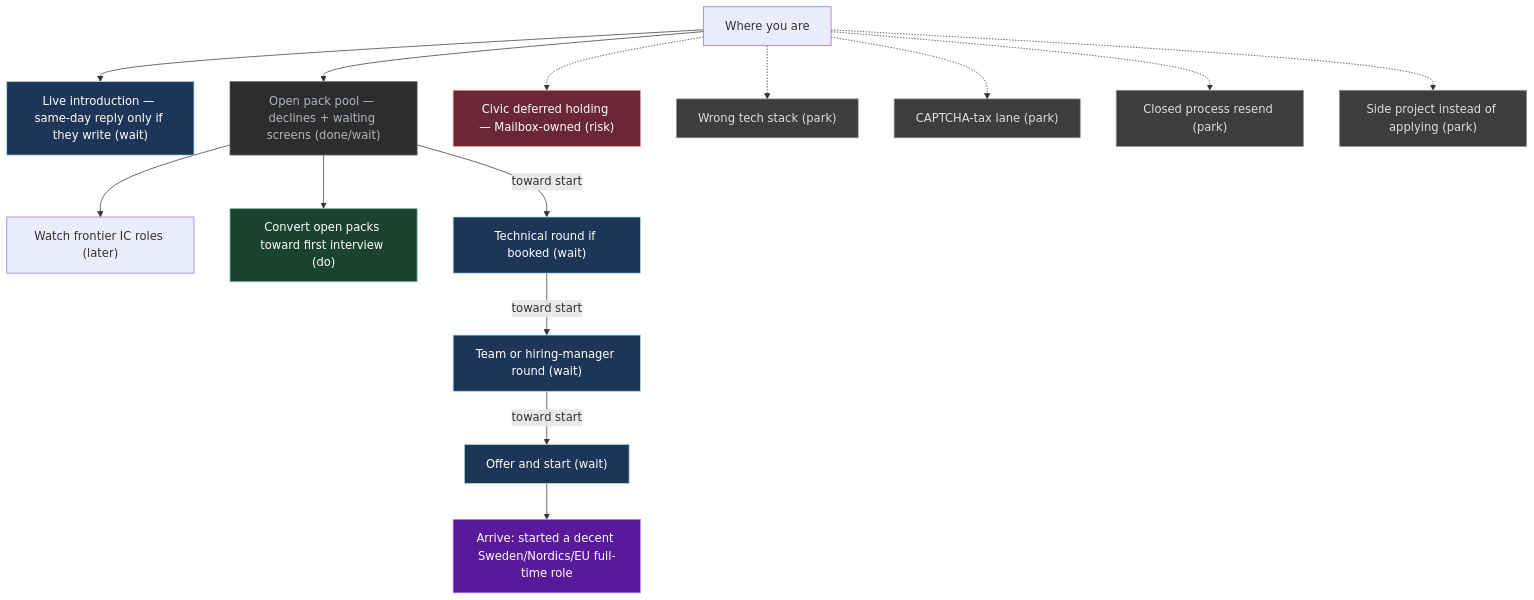
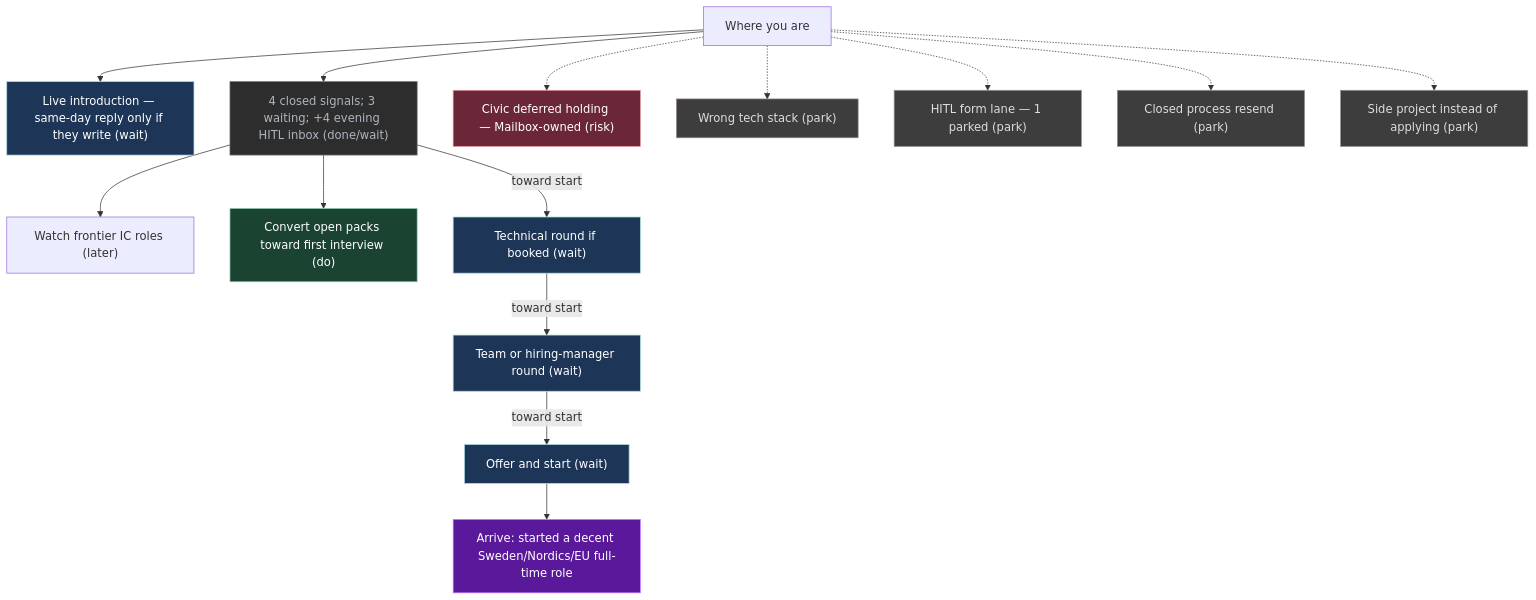
Before and after one commit to p10ns11y/life-os: the diagram in UI/Mission.md, drawn with Mermaid. The commit also changed other lines of this file and 1 other file, not shown here.

````diff
--- a/UI/Mission.md
+++ b/UI/Mission.md
@@ -69,42 +74,42 @@
 ```mermaid
 flowchart TB
   x["Where you are"]
   G["Arrive: started a decent Sweden/Nordics/EU full-time role"]
   S0["Live introduction — same-day reply only if they write (wait)"]
-  S1["Open pack pool — declines + waiting screens (done/wait)"]
+  S1["4 closed signals; 3 waiting; +4 evening HITL inbox (done/wait)"]
   S2["Watch frontier IC roles (later)"]
   S3["Convert open packs toward first interview (do)"]
   S4["Technical round if booked (wait)"]
   S4b["Team or hiring-manager round (wait)"]
   S5["Offer and start (wait)"]
   R1["Civic deferred holding — Mailbox-owned (risk)"]
   P1["Wrong tech stack (park)"]
-  P2["CAPTCHA-tax lane (park)"]
+  P2["HITL form lane — 1 parked (park)"]
   P3["Closed process resend (park)"]
   P4["Side project instead of applying (park)"]
   x --> S0
   x --> S1
   S1 --> S2
   S1 --> S3
   S1 -->|"toward start"| S4
   S4 -->|"toward start"| S4b
   S4b -->|"toward start"| S5
   x -.-> R1
   x -.-> P1
   x -.-> P2
   x -.-> P3
   x -.-> P4
   S5 --> G
   classDef do fill:#1b4332,stroke:#95d5b2,color:#fff
   classDef wait fill:#1d3557,stroke:#a8dadc,color:#fff
   classDef risk fill:#6b2737,stroke:#e5989b,color:#fff
   classDef park fill:#3d3d3d,stroke:#9a8c98,color:#ddd
   classDef done fill:#2d2d2d,stroke:#6c757d,color:#adb5bd
   classDef goal fill:#5a189a,stroke:#c77dff,color:#fff
   class G goal
   class S3 do
   class S0,S4,S4b,S5 wait
   class R1 risk
   class P1,P2,P3,P4 park
   class S1 done
 ```
````
